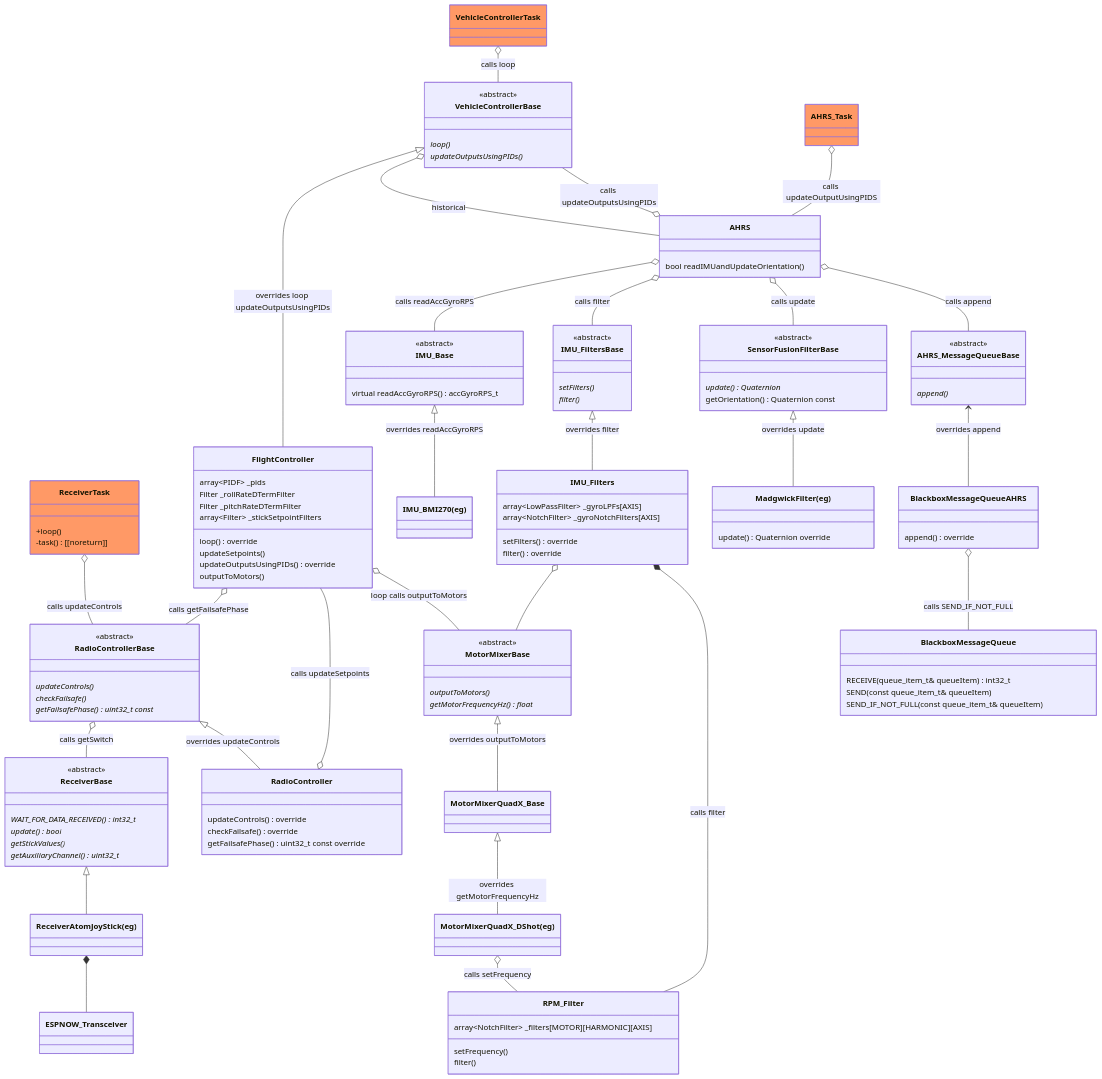
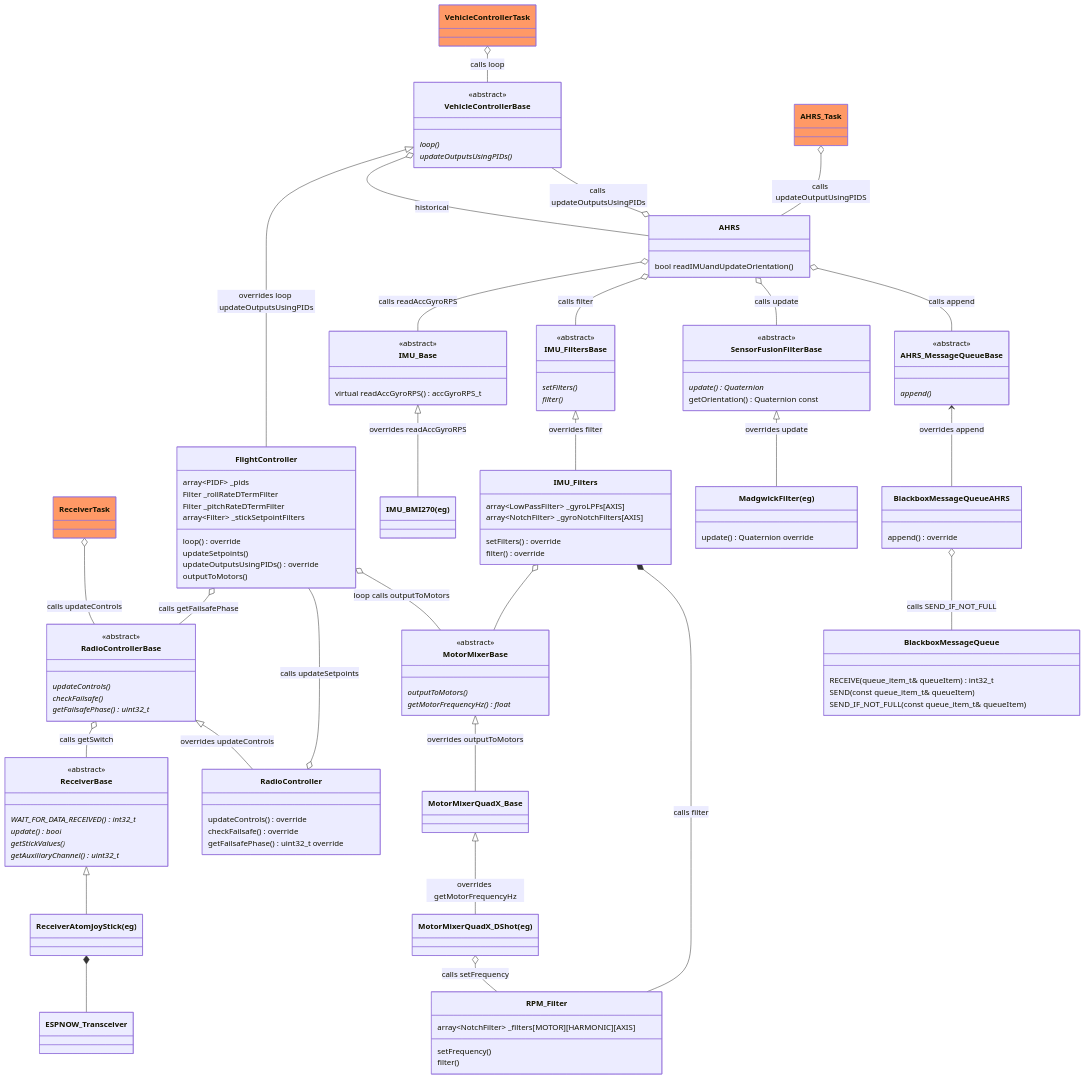
One commit to martinbudden/Protoflight changed the first of 5 diagrams in README.md. Above: the diagram before and after it, drawn with Mermaid. The commit also changed other lines of this file and 18 other files, not shown here.

Commit message:
Renamed filters_t to filters_config_t. Added debug members to FlightController and MotorMixerBase. Added output filters to FlightController. Did some work on MotorMixer dynamic idling. Improved class diagrams.

````diff
--- a/README.md
+++ b/README.md
@@ -241,8 +247,6 @@
 ```mermaid
 classDiagram
     class ReceiverTask:::taskClass {
-        +loop()
-        -task() [[noreturn]]
     }
     class SensorFusionFilterBase {
         <<abstract>>
@@ -298,9 +302,6 @@
     }
     VehicleControllerTask o-- VehicleControllerBase : calls loop
 
-    VehicleControllerBase <|-- FlightController : overrides loop updateOutputsUsingPIDs
-    %%VehicleControllerBase o-- AHRS : historical
-    VehicleControllerBase o-- AHRS : historical
     class FlightController {
         array~PIDF~ _pids
         Filter _rollRateDTermFilter
@@ -327,7 +328,11 @@
     class AHRS_Task:::taskClass {
     }
     AHRS_Task o-- AHRS : calls updateOutputUsingPIDS
+
+    VehicleControllerBase <|-- FlightController : overrides loop updateOutputsUsingPIDs
     AHRS o-- VehicleControllerBase : calls updateOutputsUsingPIDs
+    VehicleControllerBase o-- AHRS : historical
+    %%AHRS --o VehicleControllerBase : historical
 
     class ReceiverBase {
         <<abstract>>
@@ -342,7 +347,7 @@
         <<abstract>>
         updateControls() *
         checkFailsafe() *
-        getFailsafePhase() uint32_t const *
+        getFailsafePhase() uint32_t *
     }
     link RadioControllerBase "https://github.com/martinbudden/Library-Receiver/blob/main/src/RadioControllerBase.h"
 
@@ -354,7 +359,7 @@
     class RadioController {
         updateControls() override
         checkFailsafe() override
-        getFailsafePhase() uint32_t const override
+        getFailsafePhase() uint32_t override
     }
     link RadioController "https://github.com/martinbudden/protoflight/blob/main/lib/FlightController/src/RadioController.h"
 
````
